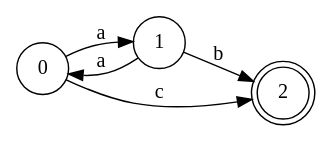
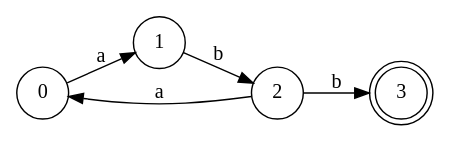
One commit to kshmir/tla-2012 changed the diagram in files/af1.dot. Above: the diagram before and after it, drawn with Graphviz. The commit also changed 19 other files, not shown here.

```diff
--- a/files/af1.dot
+++ b/files/af1.dot
@@ -1,12 +1,13 @@
 digraph{
 rankdir = "LR";
 //Nodos
 node[shape=circle] Node0 [label="0"];
 node[shape=circle] Node1 [label="1"];
-node[shape=doublecircle] Node2 [label="2"];
+node[shape=circle] Node2 [label="2"];
+node[shape=doublecircle] Node3 [label="3"];
 //Transiciones
 Node0->Node1 [label="a"];
-Node1->Node0 [label="a"];
-Node0->Node2 [label="c"];
 Node1->Node2 [label="b"];
+Node2->Node0 [label="a"];
+Node2->Node3 [label="b"];
 }
```
